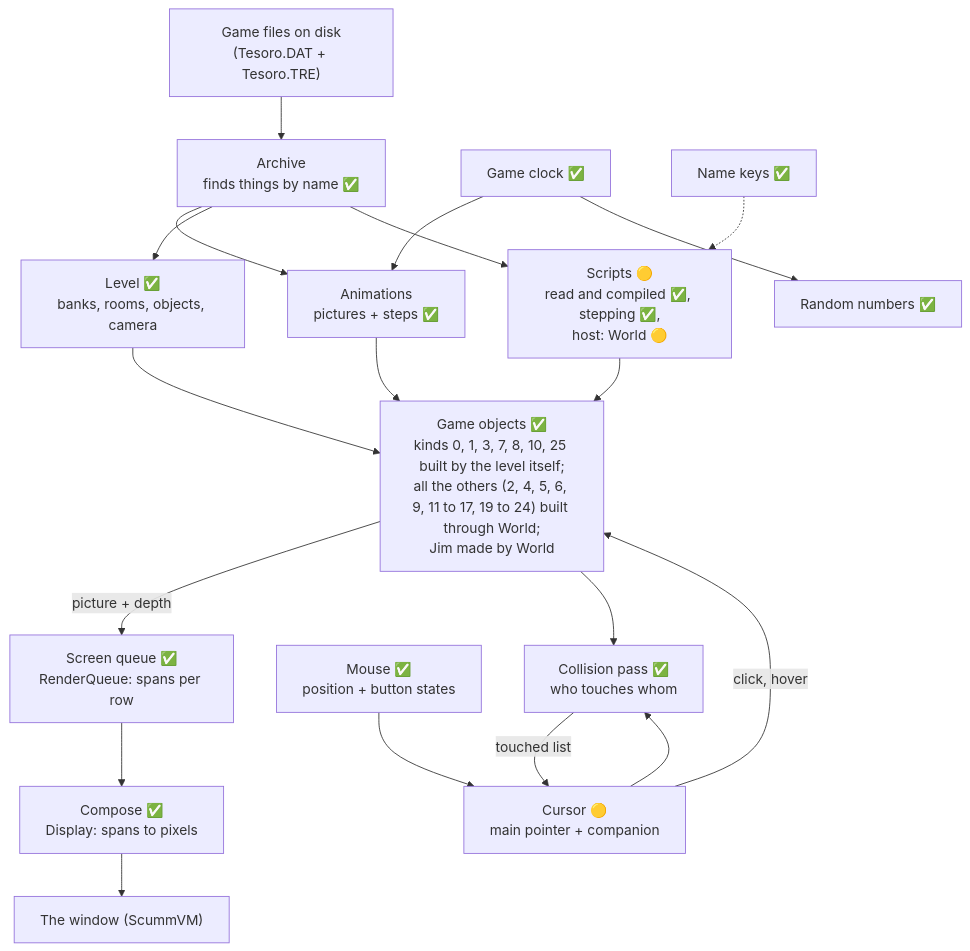
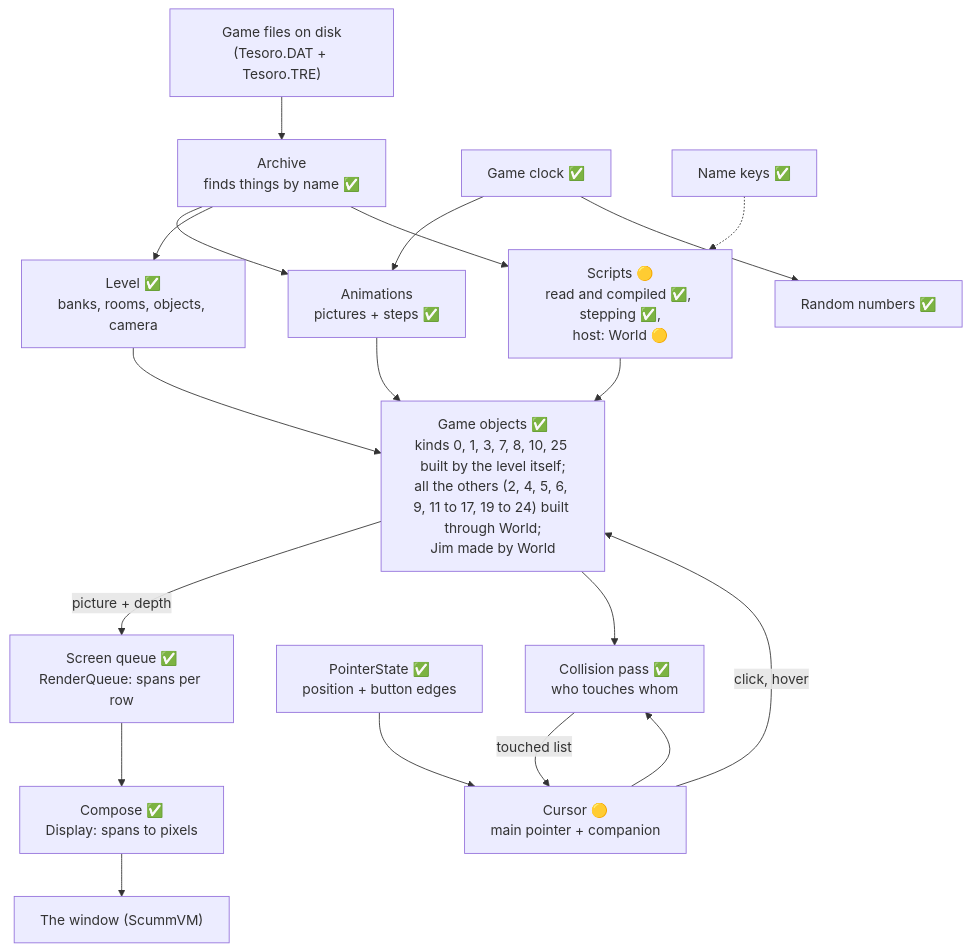
The first of 8 diagrams in re/SUBSYSTEMS.md (kelmer44/tesoro-stuff), drawn with Mermaid before and after one commit. The commit also changed other lines of this file and 3 other files, not shown here.

````diff
--- a/re/SUBSYSTEMS.md
+++ b/re/SUBSYSTEMS.md
@@ -54,21 +54,21 @@
 ```mermaid
 flowchart TD
     Disk["Game files on disk<br/>(Tesoro.DAT + Tesoro.TRE)"] --> Archive["Archive<br/>finds things by name ✅"]
     Archive --> Anim["Animations<br/>pictures + steps ✅"]
     Archive --> Level["Level ✅<br/>banks, rooms, objects, camera"]
     Clock["Game clock ✅"] --> Anim
     Anim --> Objects["Game objects ✅<br/>kinds 0, 1, 3, 7, 8, 10, 25 built by the level itself;<br/>all the others (2, 4, 5, 6, 9, 11 to 17, 19 to 24) built through World;<br/>Jim made by World"]
     Level --> Objects
     Objects -->|"picture + depth"| Queue["Screen queue ✅<br/>RenderQueue: spans per row"]
     Queue --> Compose["Compose ✅<br/>Display: spans to pixels"]
     Compose --> Window["The window (ScummVM)"]
-    Mouse["Mouse ✅<br/>position + button states"] --> Cursor["Cursor 🟡<br/>main pointer + companion"]
+    Mouse["PointerState ✅<br/>position + button edges"] --> Cursor["Cursor 🟡<br/>main pointer + companion"]
     Cursor --> Collide["Collision pass ✅<br/>who touches whom"]
     Objects --> Collide
     Collide -->|"touched list"| Cursor
     Cursor -->|"click, hover"| Objects
     Clock --> Random["Random numbers ✅"]
     Names["Name keys ✅"] -.-> Scripts["Scripts 🟡<br/>read and compiled ✅, stepping ✅,<br/>host: World 🟡"]
     Archive --> Scripts
     Scripts --> Objects
 ```
````
